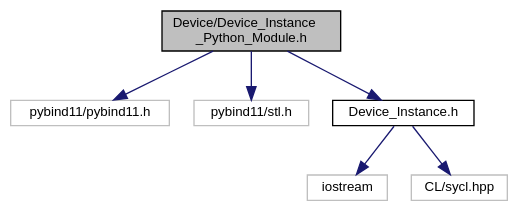
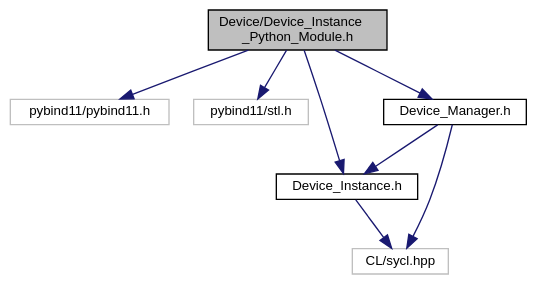
One commit to OsmanAEG/PySYCL changed the diagram in docs/PySYCL_doxygen_html/_device___instance___python___module_8h__incl.dot. Above: the diagram before and after it, drawn with Graphviz. The commit also changed 169 other files, not shown here.

```diff
--- a/docs/PySYCL_doxygen_html/_device___instance___python___module_8h__incl.dot
+++ b/docs/PySYCL_doxygen_html/_device___instance___python___module_8h__incl.dot
@@ -1,19 +1,21 @@
 digraph "Device/Device_Instance_Python_Module.h"
 {
  // INTERACTIVE_SVG=YES
  // LATEX_PDF_SIZE
   bgcolor="transparent";
   edge [fontname="Helvetica",fontsize="10",labelfontname="Helvetica",labelfontsize="10"];
   node [fontname="Helvetica",fontsize="10",shape=record];
   Node1 [label="Device/Device_Instance\l_Python_Module.h",height=0.2,width=0.4,color="black", fillcolor="grey75", style="filled", fontcolor="black",tooltip="Python module for device instance in PySYCL."];
   Node1 -> Node2 [color="midnightblue",fontsize="10",style="solid",fontname="Helvetica"];
   Node2 [label="pybind11/pybind11.h",height=0.2,width=0.4,color="grey75",tooltip=" "];
   Node1 -> Node3 [color="midnightblue",fontsize="10",style="solid",fontname="Helvetica"];
   Node3 [label="pybind11/stl.h",height=0.2,width=0.4,color="grey75",tooltip=" "];
   Node1 -> Node4 [color="midnightblue",fontsize="10",style="solid",fontname="Helvetica"];
   Node4 [label="Device_Instance.h",height=0.2,width=0.4,color="black",URL="$_device___instance_8h.html",tooltip="Device instance for device selection in PySYCL."];
   Node4 -> Node5 [color="midnightblue",fontsize="10",style="solid",fontname="Helvetica"];
-  Node5 [label="iostream",height=0.2,width=0.4,color="grey75",tooltip=" "];
-  Node4 -> Node6 [color="midnightblue",fontsize="10",style="solid",fontname="Helvetica"];
-  Node6 [label="CL/sycl.hpp",height=0.2,width=0.4,color="grey75",tooltip=" "];
+  Node5 [label="CL/sycl.hpp",height=0.2,width=0.4,color="grey75",tooltip=" "];
+  Node1 -> Node6 [color="midnightblue",fontsize="10",style="solid",fontname="Helvetica"];
+  Node6 [label="Device_Manager.h",height=0.2,width=0.4,color="black",URL="$_device___manager_8h.html",tooltip="Device instance for device selection in PySYCL."];
+  Node6 -> Node5 [color="midnightblue",fontsize="10",style="solid",fontname="Helvetica"];
+  Node6 -> Node4 [color="midnightblue",fontsize="10",style="solid",fontname="Helvetica"];
 }
```
